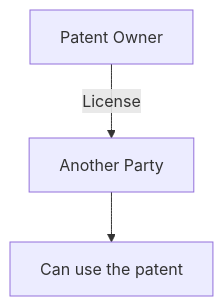
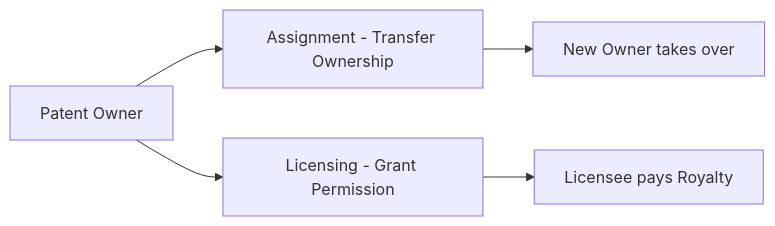
Before and after one commit to Aryns293/IPR: the first of 2 diagrams in 08_Rights_Transfer_Licensing_Surrender_Revocation.md, drawn with Mermaid. The commit also changed other lines of this file and 8 other files, not shown here.

````diff
--- a/08_Rights_Transfer_Licensing_Surrender_Revocation.md
+++ b/08_Rights_Transfer_Licensing_Surrender_Revocation.md
@@ -145,5 +35,7 @@
 ```mermaid
-flowchart TD
-    A[Patent Owner] -->|License| B[Another Party]
-    B --> C[Can use the patent]
+flowchart LR
+    A[Patent Owner] --> B[Assignment - Transfer Ownership]
+    A --> C[Licensing - Grant Permission]
+    B --> D[New Owner takes over]
+    C --> E[Licensee pays Royalty]
 ```
````
